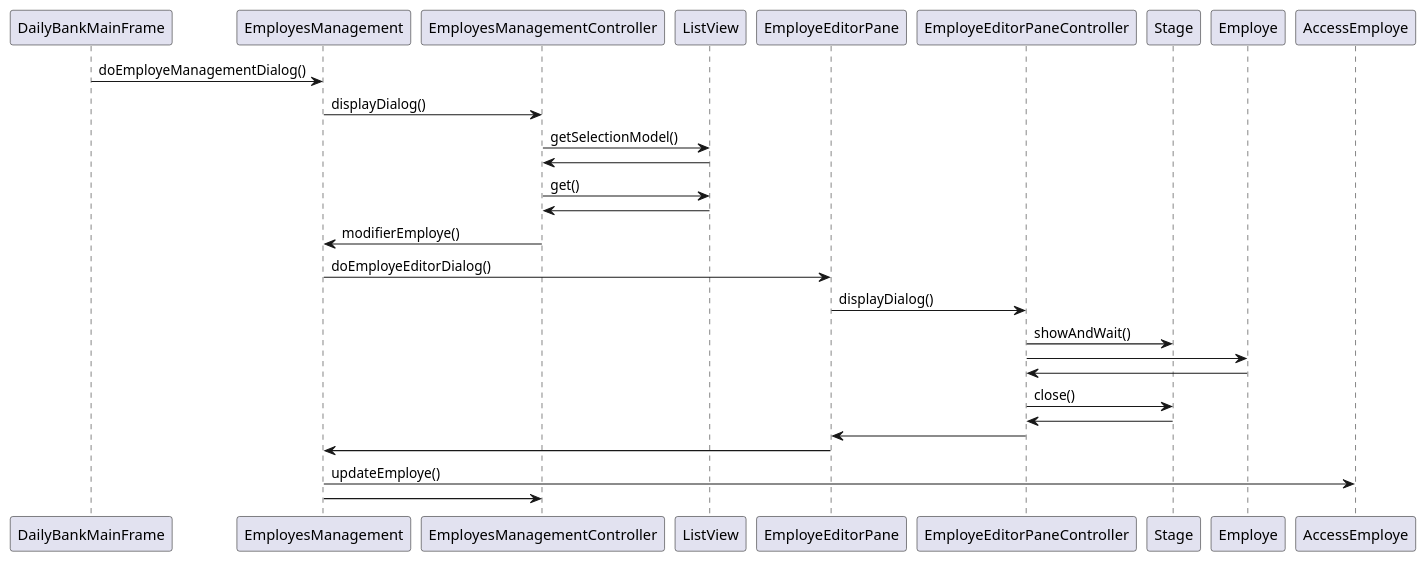
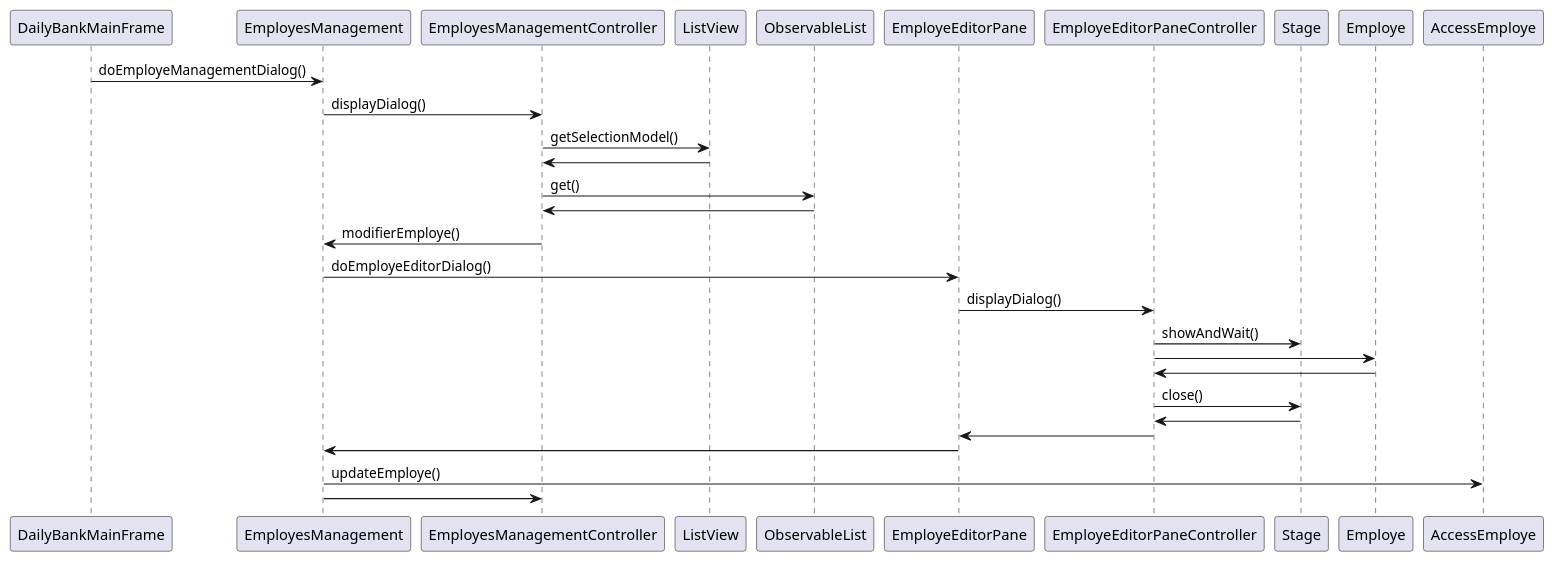
The diagram in V1/plantuml/editEmploye.plantuml (IUT-Blagnac/sae2022-bank-1b1), drawn with PlantUML before and after one commit. The commit also changed 1 other file, not shown here.

Commit message:
update diagramme edit employe

```diff
--- a/V1/plantuml/editEmploye.plantuml
+++ b/V1/plantuml/editEmploye.plantuml
@@ -1,22 +1,22 @@
 @startuml Modifier un employé
 
 DailyBankMainFrame -> EmployesManagement : doEmployeManagementDialog()
 EmployesManagement -> EmployesManagementController : displayDialog()
 EmployesManagementController -> ListView : getSelectionModel()
 EmployesManagementController <- ListView
-EmployesManagementController -> ListView : get()
-EmployesManagementController <- ListView
+EmployesManagementController -> ObservableList : get()
+EmployesManagementController <- ObservableList
 EmployesManagement <- EmployesManagementController : modifierEmploye()
 EmployesManagement -> EmployeEditorPane : doEmployeEditorDialog()
 EmployeEditorPane -> EmployeEditorPaneController : displayDialog()
 EmployeEditorPaneController -> Stage : showAndWait()
 EmployeEditorPaneController -> Employe
 EmployeEditorPaneController <- Employe
 EmployeEditorPaneController -> Stage : close()
 EmployeEditorPaneController <- Stage
 EmployeEditorPane <- EmployeEditorPaneController
 EmployesManagement <- EmployeEditorPane
 
 EmployesManagement -> AccessEmploye : updateEmploye()
 EmployesManagement -> EmployesManagementController
 @enduml
```
